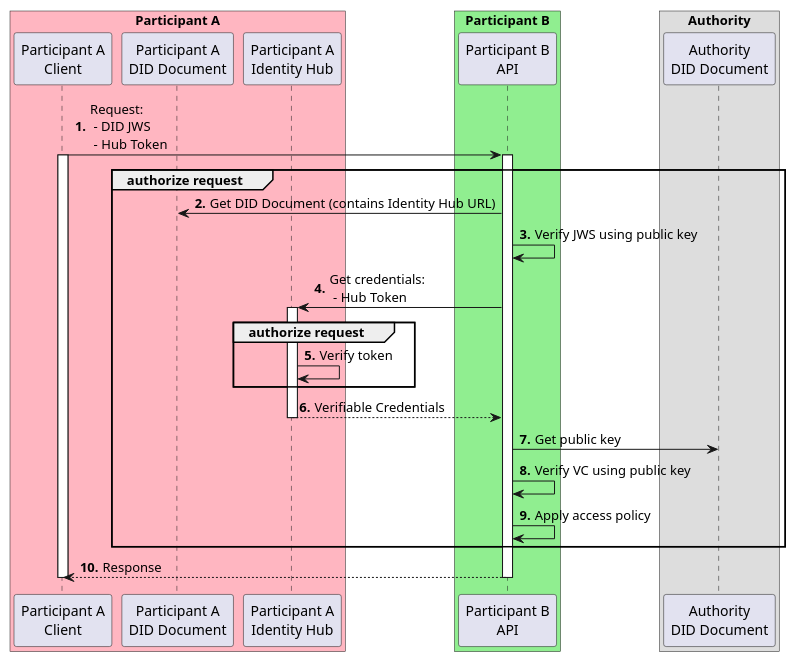
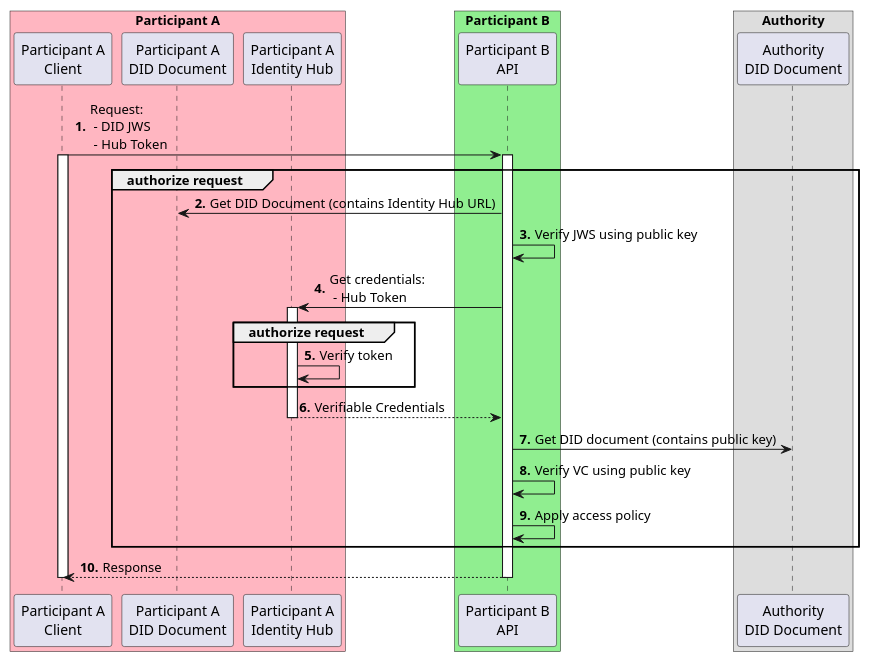
Before and after one commit to chrislomonico/MinimumViableDataspace: the diagram in docs/developer/decision-records/2022-06-16-distributed-authorization/distributed-authorization.puml, drawn with PlantUML. The commit also changed 1 other file, not shown here.

Commit message:
Distributed authorization sub-flow

```diff
--- a/docs/developer/decision-records/2022-06-16-distributed-authorization/distributed-authorization.puml
+++ b/docs/developer/decision-records/2022-06-16-distributed-authorization/distributed-authorization.puml
@@ -1,31 +1,31 @@
 @startuml
 autonumber "<b>0'.'"
 box "Participant A" #LightPink
 Participant "Participant A\nClient" as ParticipantA
 Participant "Participant A\nDID Document" as DID
 Participant "Participant A\nIdentity Hub" as IDHUB
 end box
 box "Participant B" #LightGreen
 Participant "Participant B\nAPI" as B
 end box
 box "Authority"
 Participant "Authority\nDID Document" as Auth
 end box
 ParticipantA -> B ++: Request:\n - DID JWS\n - Hub Token
 activate ParticipantA
 group authorize request
   B -> DID: Get DID Document (contains Identity Hub URL)
   B -> B: Verify JWS using public key
   B -> IDHUB ++: Get credentials:\n - Hub Token
   group authorize request
     IDHUB -> IDHUB: Verify token
   end
   return Verifiable Credentials
-  B -> Auth: Get public key
+  B -> Auth: Get DID document (contains public key)
   B -> B: Verify VC using public key
   B -> B: Apply access policy
 end
 return Response
 deactivate ParticipantA
 
 @enduml
```
